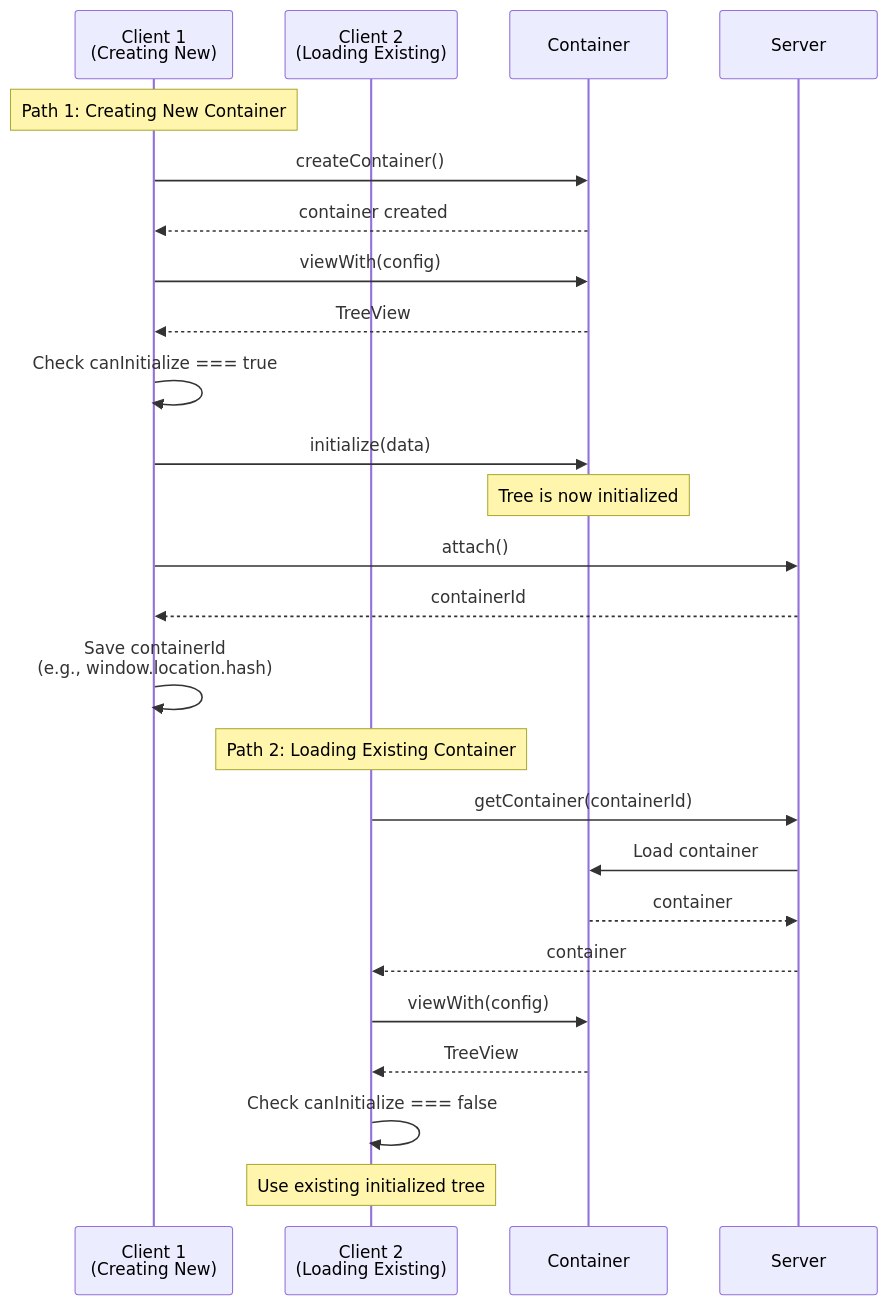
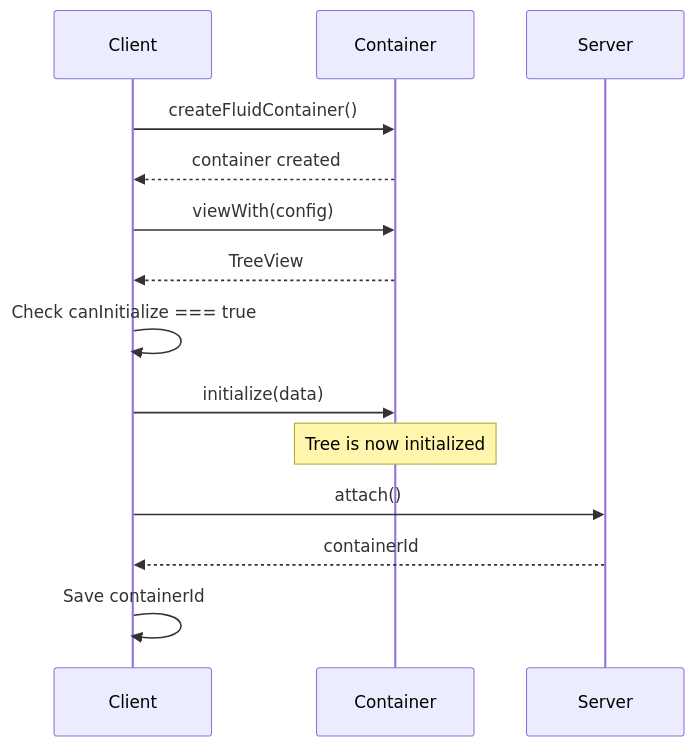
The first of 2 diagrams in docs/docs/data-structures/tree/recommended-init-flow.mdx (microsoft/FluidFramework), drawn with Mermaid before and after one commit. The commit also changed other lines of this file and 1 other file, not shown here.

````diff
--- a/docs/docs/data-structures/tree/recommended-init-flow.mdx
+++ b/docs/docs/data-structures/tree/recommended-init-flow.mdx
@@ -22,29 +31,17 @@
 ```mermaid
 sequenceDiagram
-    participant Client1 as Client 1<br/>(Creating New)
-    participant Client2 as Client 2<br/>(Loading Existing)
+    participant Client as Client
     participant Container
     participant Server
 
-    Note over Client1: Path 1: Creating New Container
-    Client1->>Container: createContainer()
-    Container-->>Client1: container created
-    Client1->>Container: viewWith(config)
-    Container-->>Client1: TreeView
-    Client1->>Client1: Check canInitialize === true
-    Client1->>Container: initialize(data)
+    Client->>Container: createFluidContainer()
+    Container-->>Client: container created
+    Client->>Container: viewWith(config)
+    Container-->>Client: TreeView
+    Client->>Client: Check canInitialize === true
+    Client->>Container: initialize(data)
     Note over Container: Tree is now initialized
-    Client1->>Server: attach()
-    Server-->>Client1: containerId
-    Client1->>Client1: Save containerId<br/>(e.g., window.location.hash)
-
-    Note over Client2: Path 2: Loading Existing Container
-    Client2->>Server: getContainer(containerId)
-    Server->>Container: Load container
-    Container-->>Server: container
-    Server-->>Client2: container
-    Client2->>Container: viewWith(config)
-    Container-->>Client2: TreeView
-    Client2->>Client2: Check canInitialize === false
-    Note over Client2: Use existing initialized tree
+    Client->>Server: attach()
+    Server-->>Client: containerId
+    Client->>Client: Save containerId
 ```
````
